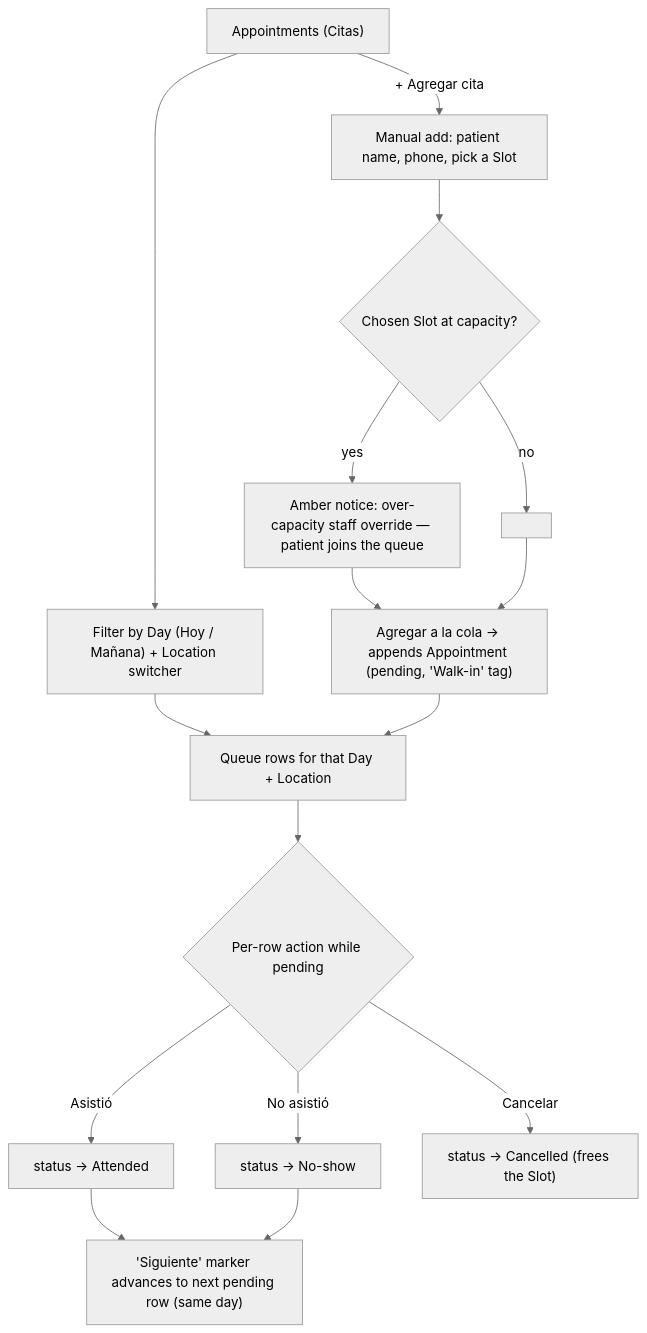
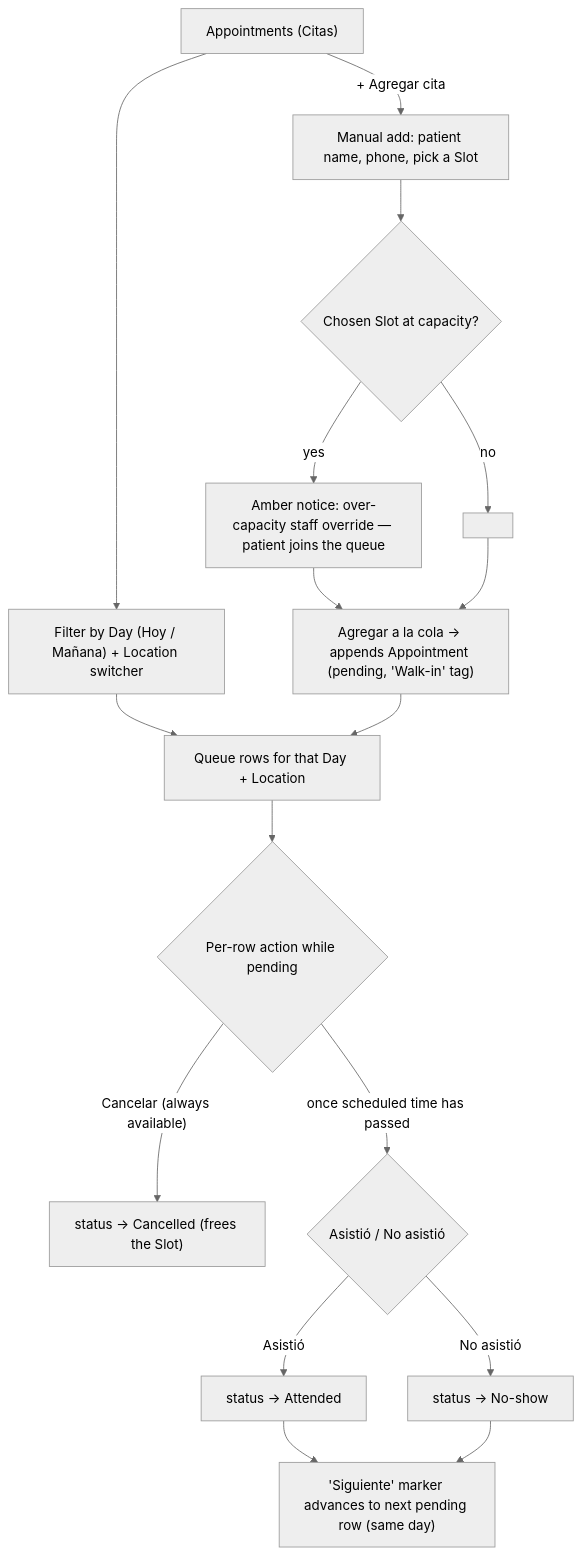
The fourth of 10 diagrams in docs/flows/doctor-assistant-panel.md (DaleneyRuben/alivia), drawn with Mermaid (neutral theme) before and after one commit. The commit also changed 2 other files, not shown here.

Commit message:
hide asistio and no asistio until appointment time has passed

````diff
--- a/docs/flows/doctor-assistant-panel.md
+++ b/docs/flows/doctor-assistant-panel.md
@@ -88,18 +88,19 @@
 ```mermaid
 flowchart TD
     A["Appointments (Citas)"] --> Filt["Filter by Day (Hoy / Mañana) + Location switcher"]
     Filt --> List["Queue rows for that Day + Location"]
     A -->|"+ Agregar cita"| Form["Manual add: patient name, phone, pick a Slot"]
     Form --> Cap{"Chosen Slot at capacity?"}
     Cap -->|"yes"| Over["Amber notice: over-capacity staff override — patient joins the queue"]
     Cap -->|"no"| Ok[" "]
     Over --> Save["Agregar a la cola → appends Appointment (pending, 'Walk-in' tag)"]
     Ok --> Save
     Save --> List
     List --> Row{"Per-row action while pending"}
-    Row -->|"Asistió"| Att["status → Attended"]
-    Row -->|"No asistió"| Ns["status → No-show"]
-    Row -->|"Cancelar"| Can["status → Cancelled (frees the Slot)"]
+    Row -->|"Cancelar (always available)"| Can["status → Cancelled (frees the Slot)"]
+    Row -->|"once scheduled time has passed"| Passed{"Asistió / No asistió"}
+    Passed -->|"Asistió"| Att["status → Attended"]
+    Passed -->|"No asistió"| Ns["status → No-show"]
     Att --> Nxt["'Siguiente' marker advances to next pending row (same day)"]
     Ns --> Nxt
 ```
````
